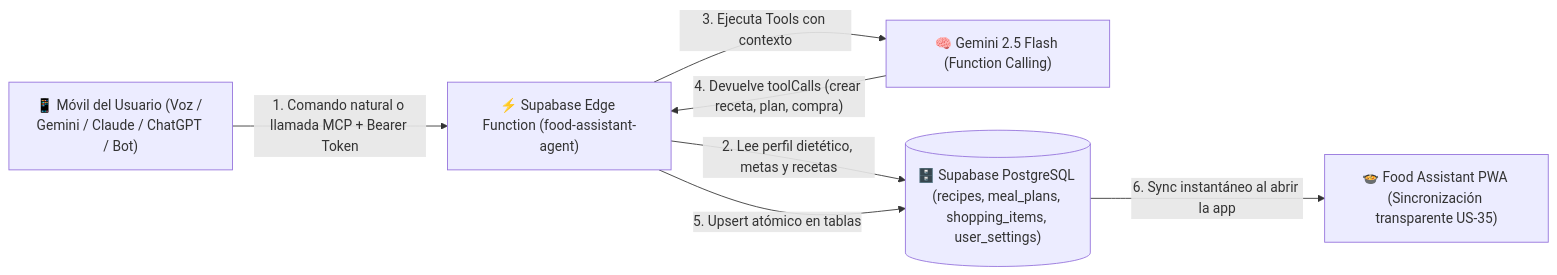
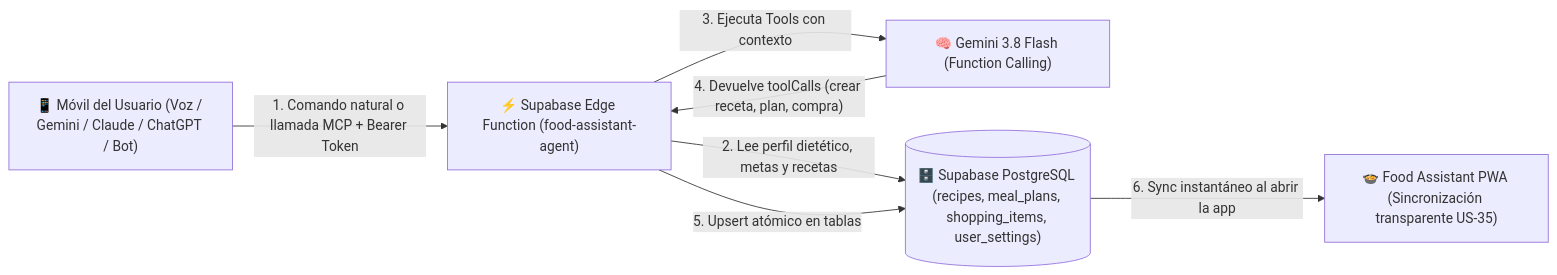
Before and after one commit to frankyjcerrudo/Food-Assistant: the diagram in plans/FASE-3-AGENTE-HEADLESS-MCP.md, drawn with Mermaid. The commit also changed other lines of this file and 1 other file, not shown here.

Commit message:
docs(plans): update model references to gemini-3.8-flash

````diff
--- a/plans/FASE-3-AGENTE-HEADLESS-MCP.md
+++ b/plans/FASE-3-AGENTE-HEADLESS-MCP.md
@@ -18,15 +18,15 @@
 ```mermaid
 flowchart LR
   Mobile["📱 Móvil del Usuario (Voz / Gemini / Claude / ChatGPT / Bot)"]
   Edge["⚡ Supabase Edge Function (food-assistant-agent)"]
-  Gemini["🧠 Gemini 2.5 Flash (Function Calling)"]
+  Gemini["🧠 Gemini 3.8 Flash (Function Calling)"]
   DB[("🗄️ Supabase PostgreSQL (recipes, meal_plans, shopping_items, user_settings)")]
   App["🍲 Food Assistant PWA (Sincronización transparente US-35)"]
 
   Mobile -->|"1. Comando natural o llamada MCP + Bearer Token"| Edge
   Edge -->|"2. Lee perfil dietético, metas y recetas"| DB
   Edge -->|"3. Ejecuta Tools con contexto"| Gemini
   Gemini -->|"4. Devuelve toolCalls (crear receta, plan, compra)"| Edge
   Edge -->|"5. Upsert atómico en tablas"| DB
   DB -->|"6. Sync instantáneo al abrir la app"| App
 ```
````
